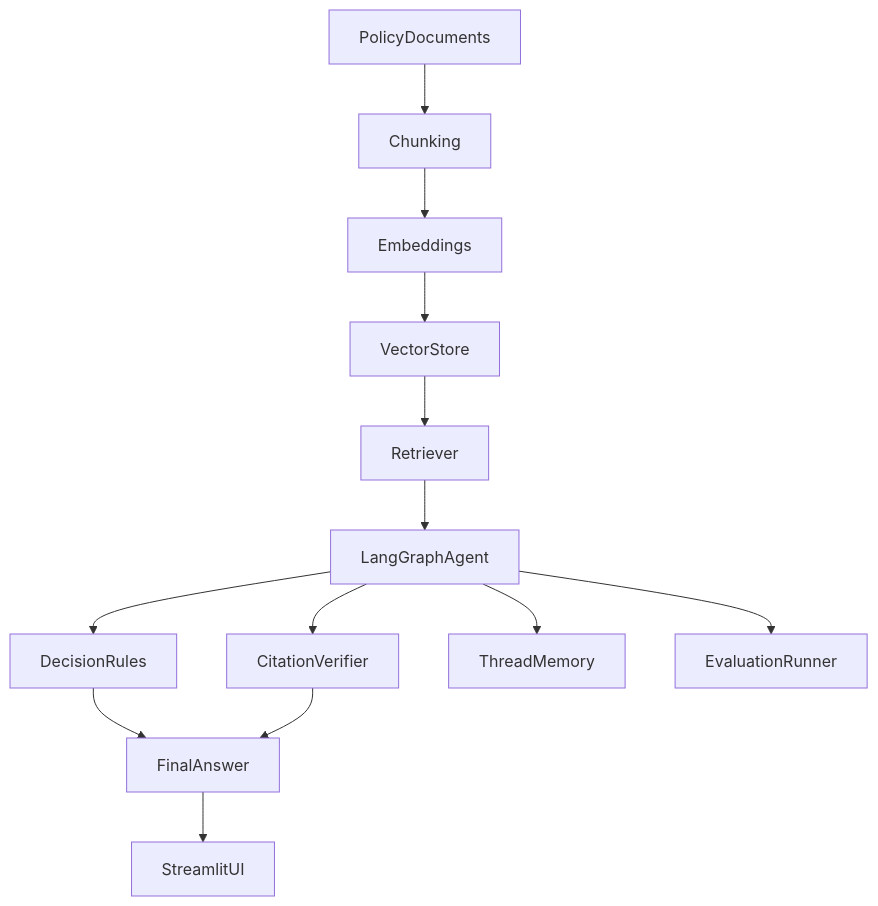
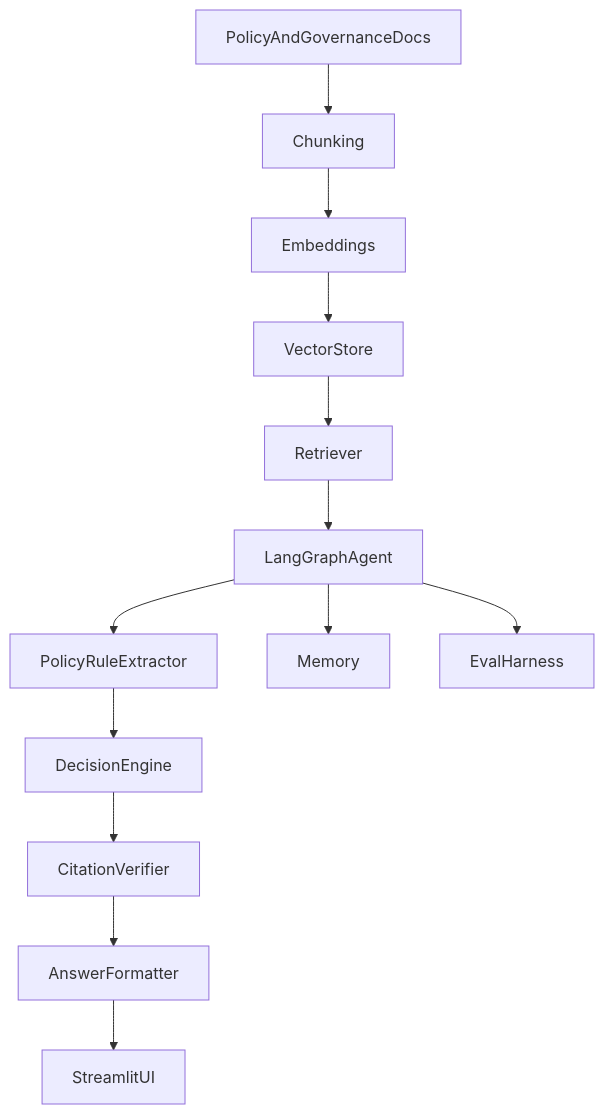
One commit to sybase91/policy-rag-assistant changed the first of 2 diagrams in reports/architecture.md. Above: the diagram before and after it, drawn with Mermaid. The commit also changed other lines of this file and 17 other files, not shown here.

````diff
--- a/reports/architecture.md
+++ b/reports/architecture.md
@@ -14,15 +12,15 @@
 ```mermaid
 flowchart TD
-    docs[PolicyDocuments] --> chunking[Chunking]
+    docs[PolicyAndGovernanceDocs] --> chunking[Chunking]
     chunking --> embeddings[Embeddings]
-    embeddings --> vectorstore[VectorStore]
-    vectorstore --> retriever[Retriever]
+    embeddings --> vectorStore[VectorStore]
+    vectorStore --> retriever[Retriever]
     retriever --> langgraph[LangGraphAgent]
-    langgraph --> decisionRules[DecisionRules]
-    langgraph --> citationVerifier[CitationVerifier]
-    langgraph --> memoryLayer[ThreadMemory]
-  decisionRules --> finalAnswer[FinalAnswer]
-    citationVerifier --> finalAnswer
-    finalAnswer --> streamlitUI[StreamlitUI]
-    langgraph --> evalRunner[EvaluationRunner]
+    langgraph --> ruleExtractor[PolicyRuleExtractor]
+    ruleExtractor --> decisionEngine[DecisionEngine]
+    decisionEngine --> citationVerifier[CitationVerifier]
+    citationVerifier --> answerFormatter[AnswerFormatter]
+    answerFormatter --> streamlitUI[StreamlitUI]
+    langgraph --> memory[Memory]
+    langgraph --> evalHarness[EvalHarness]
 ```
````
